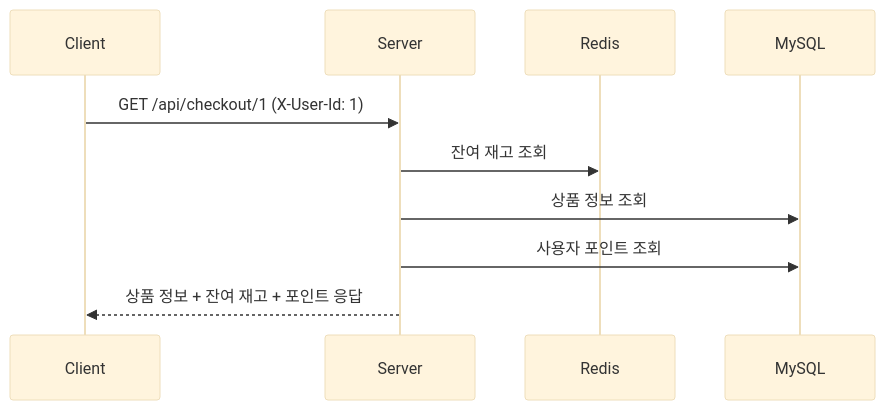
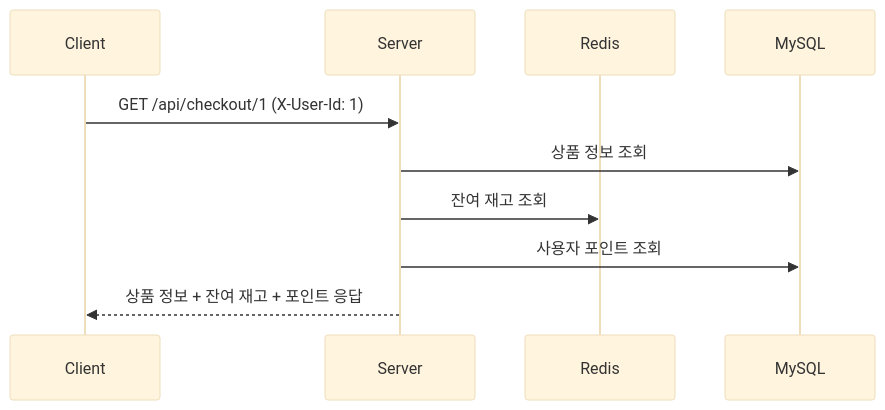
The second of 4 diagrams in README.md (hyunmin0317/reservation-payment-platform), drawn with Mermaid (base theme) before and after one commit. The commit also changed other lines of this file and 1 other file, not shown here.

First line of the commit message:
docs: README 및 시퀀스 다이어그램 Checkout 호출 순서를 코드와 일치 (#192)

````diff
--- a/README.md
+++ b/README.md
@@ -319,13 +319,13 @@
 ```mermaid
 sequenceDiagram
     participant C as Client
     participant S as Server
     participant R as Redis
     participant DB as MySQL
 
     C->>S: GET /api/checkout/1 (X-User-Id: 1)
+    S->>DB: 상품 정보 조회
     S->>R: 잔여 재고 조회
-    S->>DB: 상품 정보 조회
     S->>DB: 사용자 포인트 조회
     S-->>C: 상품 정보 + 잔여 재고 + 포인트 응답
 ```
````
